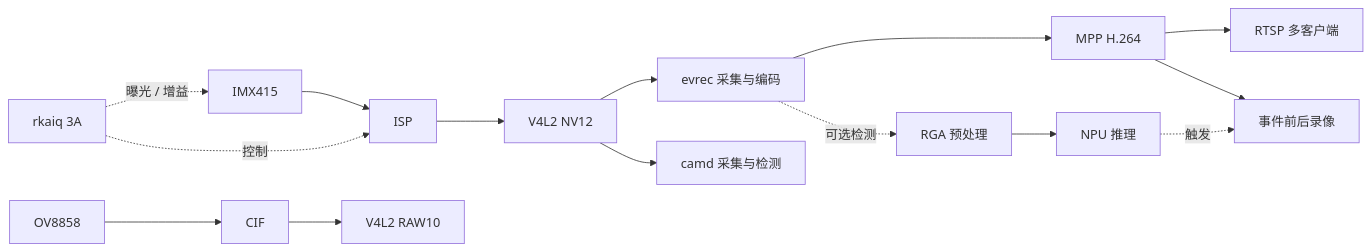
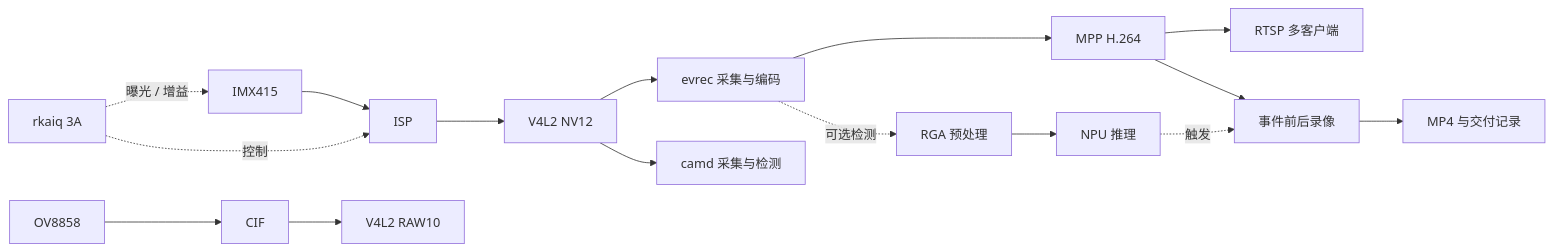
Before and after one commit to Ericsunny/rk3568-camera-driver: the diagram in README.md, drawn with Mermaid. The commit also changed other lines of this file and 230 other files, not shown here.

````diff
--- a/README.md
+++ b/README.md
@@ -11,15 +11,16 @@
 ```mermaid
 flowchart LR
     I[IMX415] --> ISP[ISP] --> NV[V4L2 NV12]
     A[rkaiq 3A] -.控制.-> ISP
     A -.曝光 / 增益.-> I
     O[OV8858] --> CIF[CIF] --> RAW[V4L2 RAW10]
     NV --> EV[evrec 采集与编码]
     EV --> H264[MPP H.264]
     H264 --> RTSP[RTSP 多客户端]
     H264 --> REC[事件前后录像]
+    REC --> MP4[MP4 与交付记录]
     NV --> CAMD[camd 采集与检测]
     EV -.可选检测.-> RGA[RGA 预处理]
     RGA --> NPU[NPU 推理]
     NPU -.触发.-> REC
 ```
````
